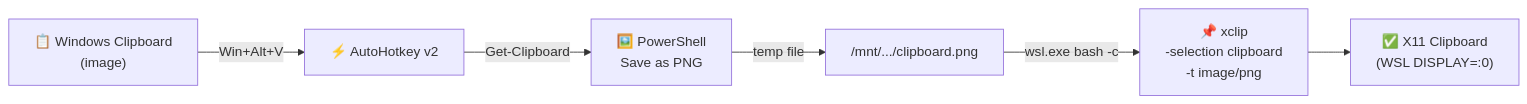
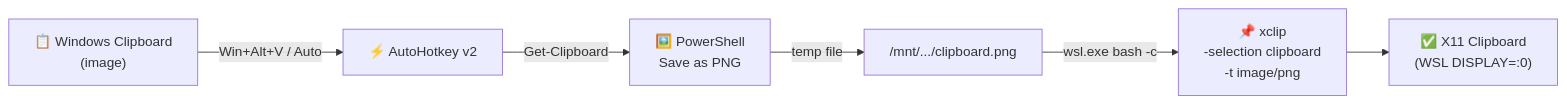
Before and after one commit to lordlzh/wsl-image-clipboard-bridge: the diagram in README.md, drawn with Mermaid. The commit also changed other lines of this file and 2 other files, not shown here.

````diff
--- a/README.md
+++ b/README.md
@@ -13,8 +13,8 @@
 ```mermaid
 flowchart LR
-    A["📋 Windows Clipboard\n(image)"] -->|Win+Alt+V| B["⚡ AutoHotkey v2"]
+    A["📋 Windows Clipboard\n(image)"] -->|Win+Alt+V / Auto| B["⚡ AutoHotkey v2"]
     B -->|Get-Clipboard| C["🖼️ PowerShell\nSave as PNG"]
     C -->|temp file| D["/mnt/.../clipboard.png"]
     D -->|wsl.exe bash -c| E["📌 xclip\n-selection clipboard\n-t image/png"]
     E --> F["✅ X11 Clipboard\n(WSL DISPLAY=:0)"]
 ```
````
